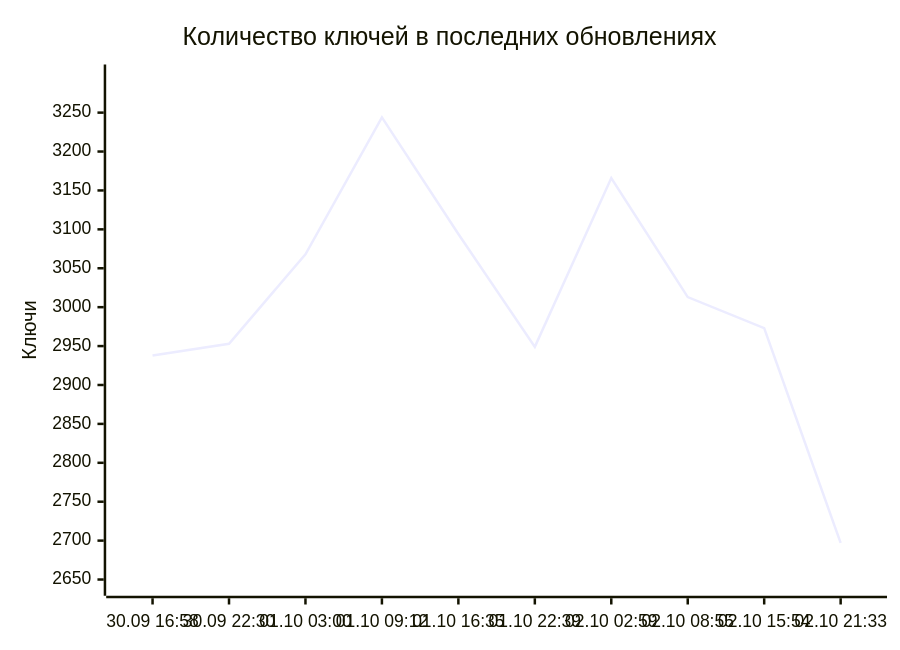
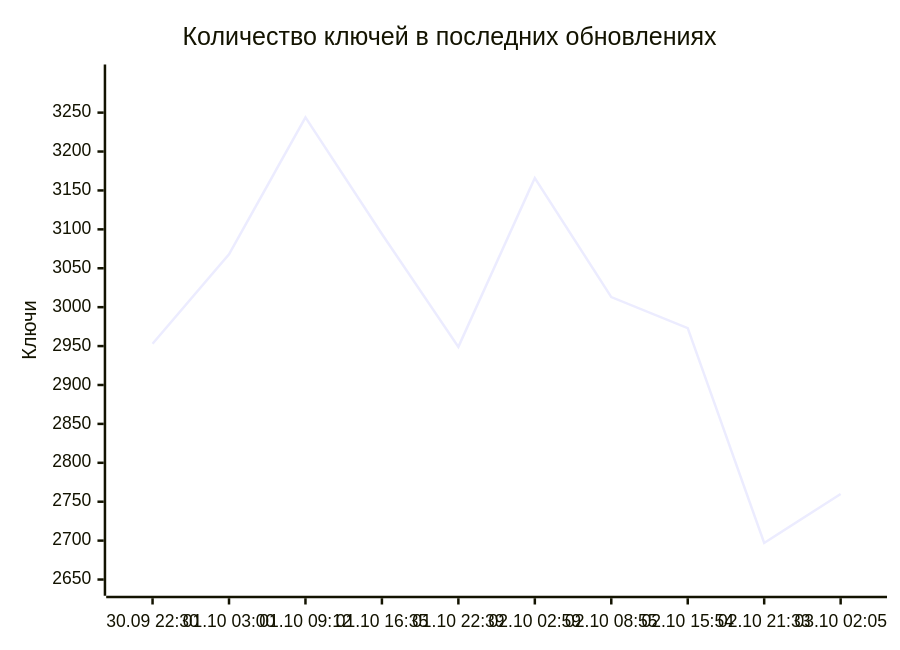
The diagram in README.md (markKikhtenko/WireVeil), drawn with Mermaid before and after one commit. The commit also changed other lines of this file and 13 other files, not shown here.

````diff
--- a/README.md
+++ b/README.md
@@ -55,7 +55,7 @@
 ```mermaid
 xychart-beta
     title "Количество ключей в последних обновлениях"
-    x-axis ["30.09 16:58", "30.09 22:30", "01.10 03:00", "01.10 09:12", "01.10 16:35", "01.10 22:39", "02.10 02:59", "02.10 08:55", "02.10 15:54", "02.10 21:33"]
+    x-axis ["30.09 22:30", "01.10 03:00", "01.10 09:12", "01.10 16:35", "01.10 22:39", "02.10 02:59", "02.10 08:55", "02.10 15:54", "02.10 21:33", "03.10 02:05"]
     y-axis "Ключи" 2642 --> 3299
-    line [2938, 2953, 3068, 3244, 3094, 2949, 3166, 3013, 2973, 2697]
+    line [2953, 3068, 3244, 3094, 2949, 3166, 3013, 2973, 2697, 2760]
 ```
````
